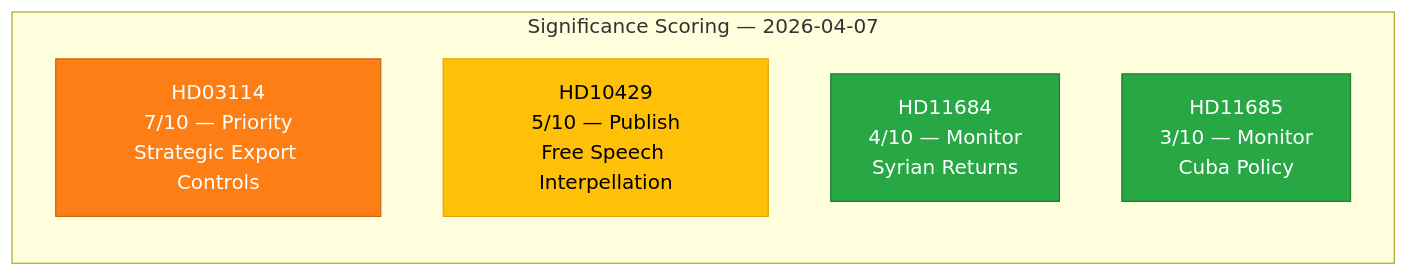
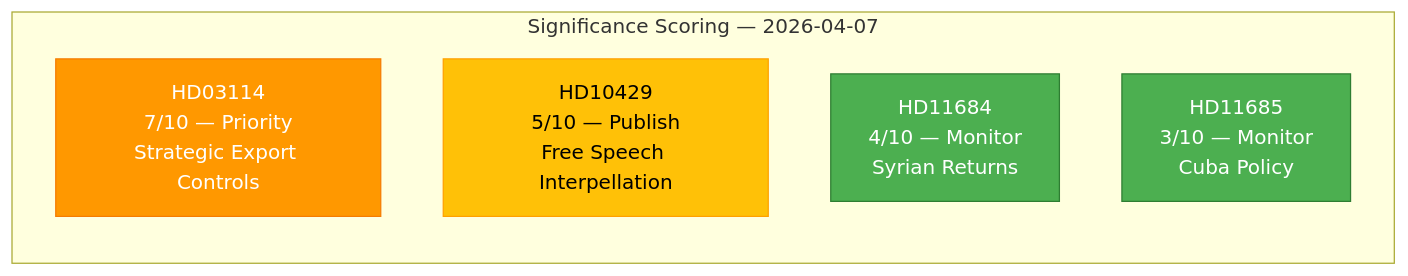
Before and after one commit to Hack23/riksdagsmonitor: the diagram in analysis/daily/2026-04-07/realtime-1026/significance-scoring.md, drawn with Mermaid. The commit also changed 785 other files, not shown here.

First line of the commit message:
Normalize mermaid colors across 786 analysis artifacts to ISMS Style Guide palette

````diff
--- a/analysis/daily/2026-04-07/realtime-1026/significance-scoring.md
+++ b/analysis/daily/2026-04-07/realtime-1026/significance-scoring.md
@@ -16,14 +16,14 @@
 ```mermaid
 graph LR
     subgraph "Significance Scoring — 2026-04-07"
         D1["HD03114<br/>7/10 — Priority<br/>Strategic Export Controls"]
         D2["HD10429<br/>5/10 — Publish<br/>Free Speech Interpellation"]
         D3["HD11684<br/>4/10 — Monitor<br/>Syrian Returns"]
         D4["HD11685<br/>3/10 — Monitor<br/>Cuba Policy"]
     end
 
-    style D1 fill:#fd7e14,stroke:#ca6510,color:#fff
-    style D2 fill:#ffc107,stroke:#e0a800,color:#000
-    style D3 fill:#28a745,stroke:#1e7e34,color:#fff
-    style D4 fill:#28a745,stroke:#1e7e34,color:#fff
+    style D1 fill:#FF9800,stroke:#F57C00,color:#FFFFFF
+    style D2 fill:#FFC107,stroke:#FFA000,color:#000000
+    style D3 fill:#4CAF50,stroke:#2E7D32,color:#FFFFFF
+    style D4 fill:#4CAF50,stroke:#2E7D32,color:#FFFFFF
 ```
````
